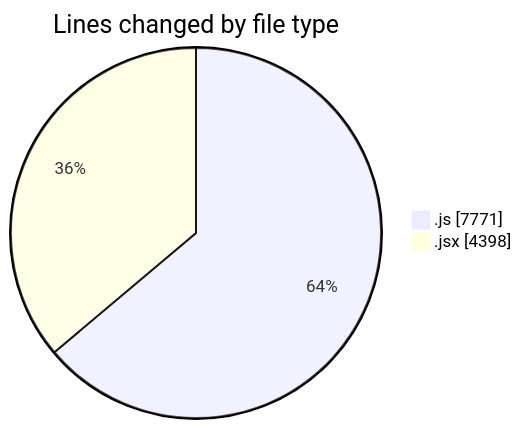
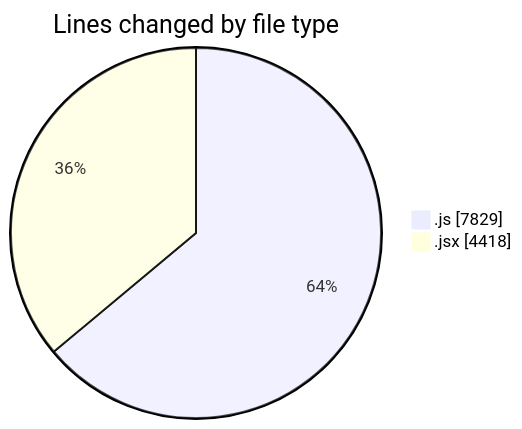
The first of 2 diagrams in 2025-12-10/nxtqube_webapp/README.md (nxtqubesakshisongat/code-tracking), drawn with Mermaid before and after one commit. The commit also changed other lines of this file and 1 other file, not shown here.

````diff
--- a/2025-12-10/nxtqube_webapp/README.md
+++ b/2025-12-10/nxtqube_webapp/README.md
@@ -23,6 +23,6 @@
 ```mermaid
 pie showData
 title Lines changed by file type
-".js" : 7771
-".jsx" : 4398
+".js" : 7829
+".jsx" : 4418
 ```
````
